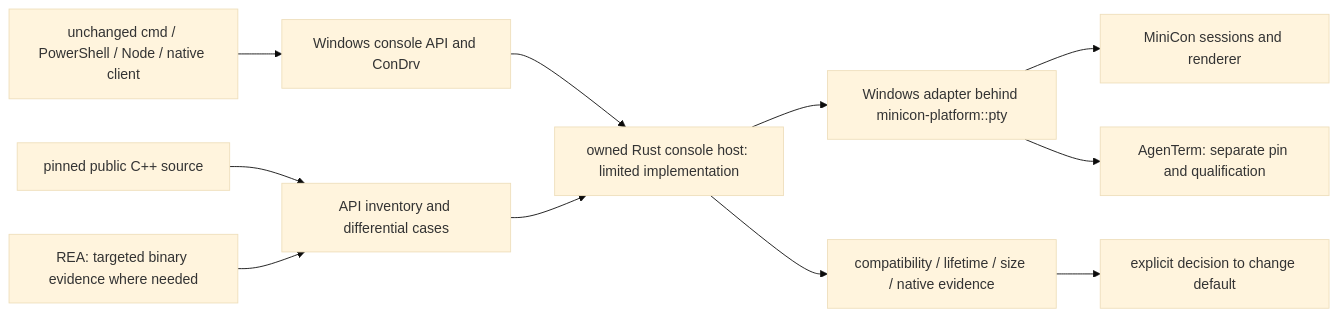
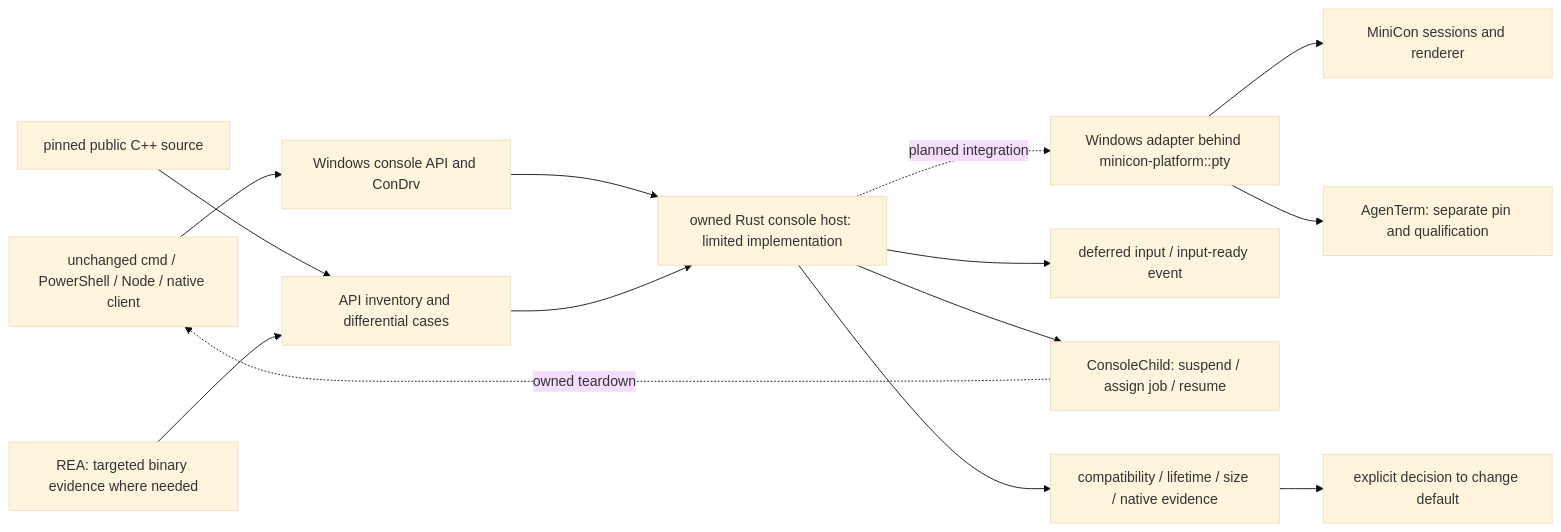
The diagram in prd/PRD_02_34_windows_console_backend.md (partnernetsoftware/minicon), drawn with Mermaid (base theme) before and after one commit. The commit also changed other lines of this file and 14 other files, not shown here.

Commit message:
feat(console): add deferred native input and job-owned client lifetime

````diff
--- a/prd/PRD_02_34_windows_console_backend.md
+++ b/prd/PRD_02_34_windows_console_backend.md
@@ -45,13 +47,16 @@
 ```mermaid
 flowchart LR
     CLIENT["unchanged cmd / PowerShell / Node / native client"] --> API["Windows console API and ConDrv"]
     API --> HOST["owned Rust console host: limited implementation"]
-    HOST --> ADAPTER["Windows adapter behind minicon-platform::pty"]
+    HOST -. "planned integration" .-> ADAPTER["Windows adapter behind minicon-platform::pty"]
+    HOST --> INPUT["deferred input / input-ready event"]
+    HOST --> JOB["ConsoleChild: suspend / assign job / resume"]
+    JOB -. "owned teardown" .-> CLIENT
     ADAPTER --> MC["MiniCon sessions and renderer"]
     ADAPTER --> AG["AgenTerm: separate pin and qualification"]
     SRC["pinned public C++ source"] --> SPEC["API inventory and differential cases"]
     REA["REA: targeted binary evidence where needed"] --> SPEC
     SPEC --> HOST
     GATE["compatibility / lifetime / size / native evidence"] --> DEFAULT["explicit decision to change default"]
     HOST --> GATE
 ```
````
